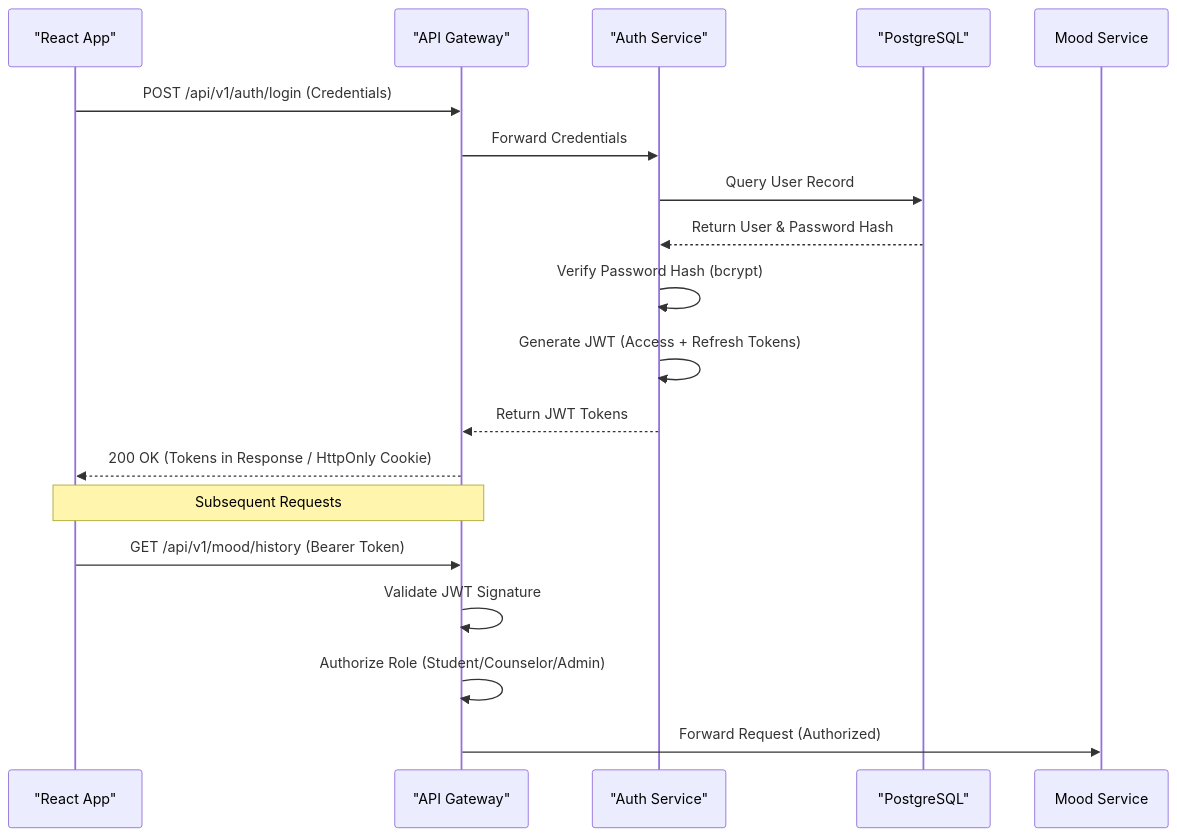
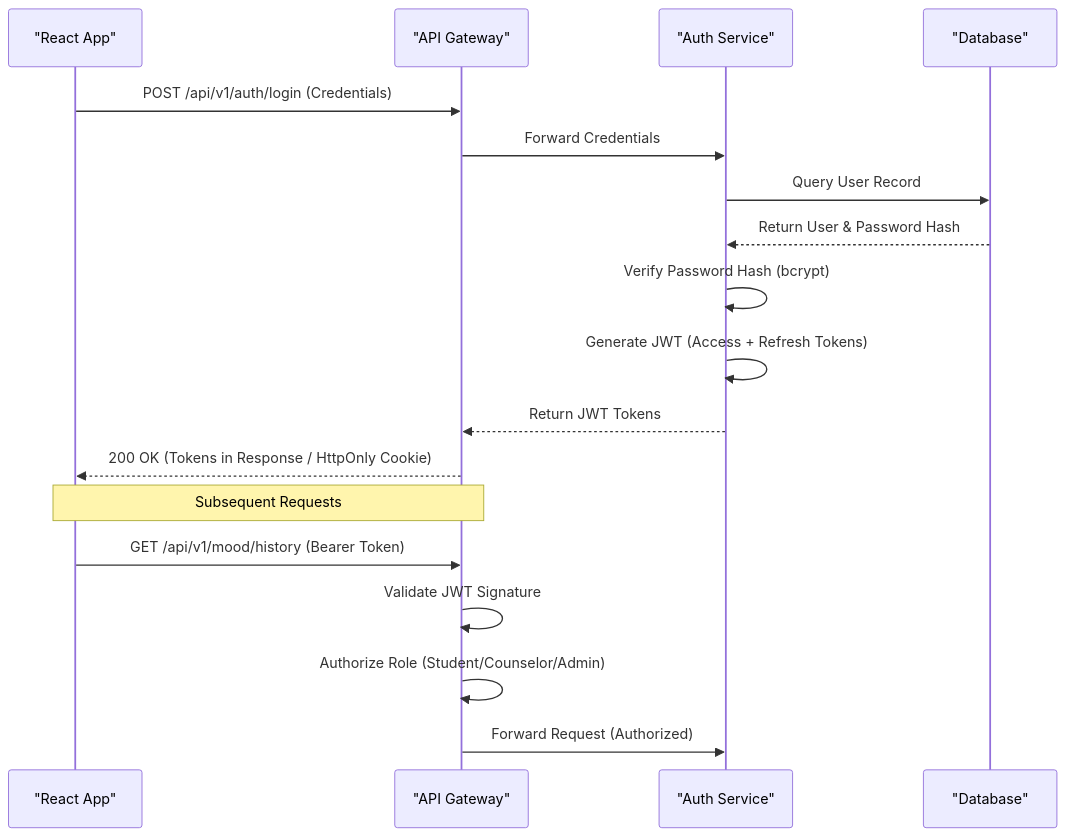
Before and after one commit to PASUPULASAITEJA/MindGuardAI: the fourth of 5 diagrams in README.md, drawn with Mermaid. The commit also changed other lines of this file, not shown here.

````diff
--- a/README.md
+++ b/README.md
@@ -205,22 +228,22 @@
 ```mermaid
 sequenceDiagram
     participant Client as "React App"
     participant Gateway as "API Gateway"
     participant Auth as "Auth Service"
-    participant DB as "PostgreSQL"
+    participant DB as "Database"
 
     Client->>Gateway: POST /api/v1/auth/login (Credentials)
     Gateway->>Auth: Forward Credentials
     Auth->>DB: Query User Record
     DB-->>Auth: Return User & Password Hash
     Auth->>Auth: Verify Password Hash (bcrypt)
     Auth->>Auth: Generate JWT (Access + Refresh Tokens)
     Auth-->>Gateway: Return JWT Tokens
     Gateway-->>Client: 200 OK (Tokens in Response / HttpOnly Cookie)
     
     Note over Client,Gateway: Subsequent Requests
     Client->>Gateway: GET /api/v1/mood/history (Bearer Token)
     Gateway->>Gateway: Validate JWT Signature
     Gateway->>Gateway: Authorize Role (Student/Counselor/Admin)
-    Gateway->>Mood Service: Forward Request (Authorized)
+    Gateway->>Auth: Forward Request (Authorized)
 ```
````
